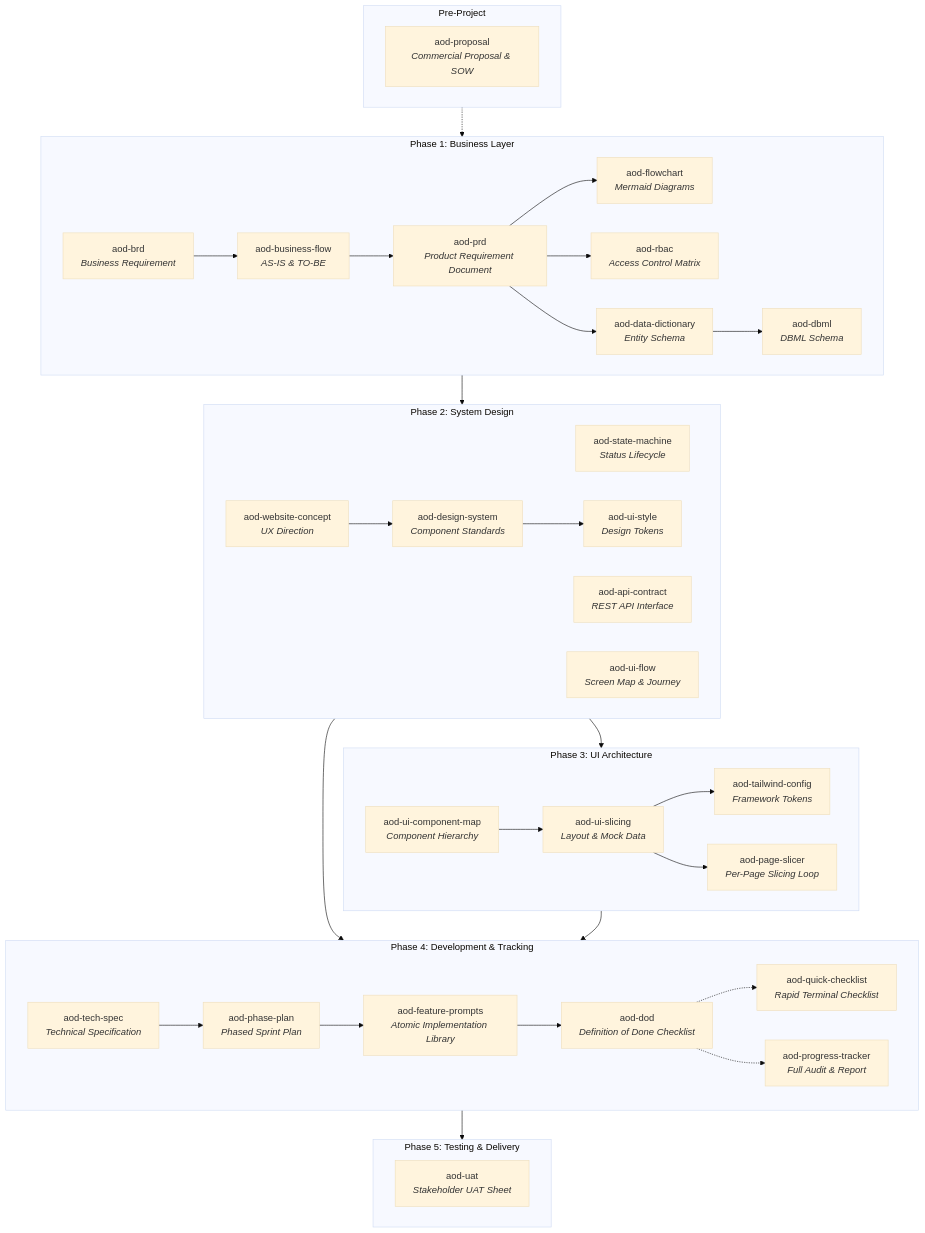
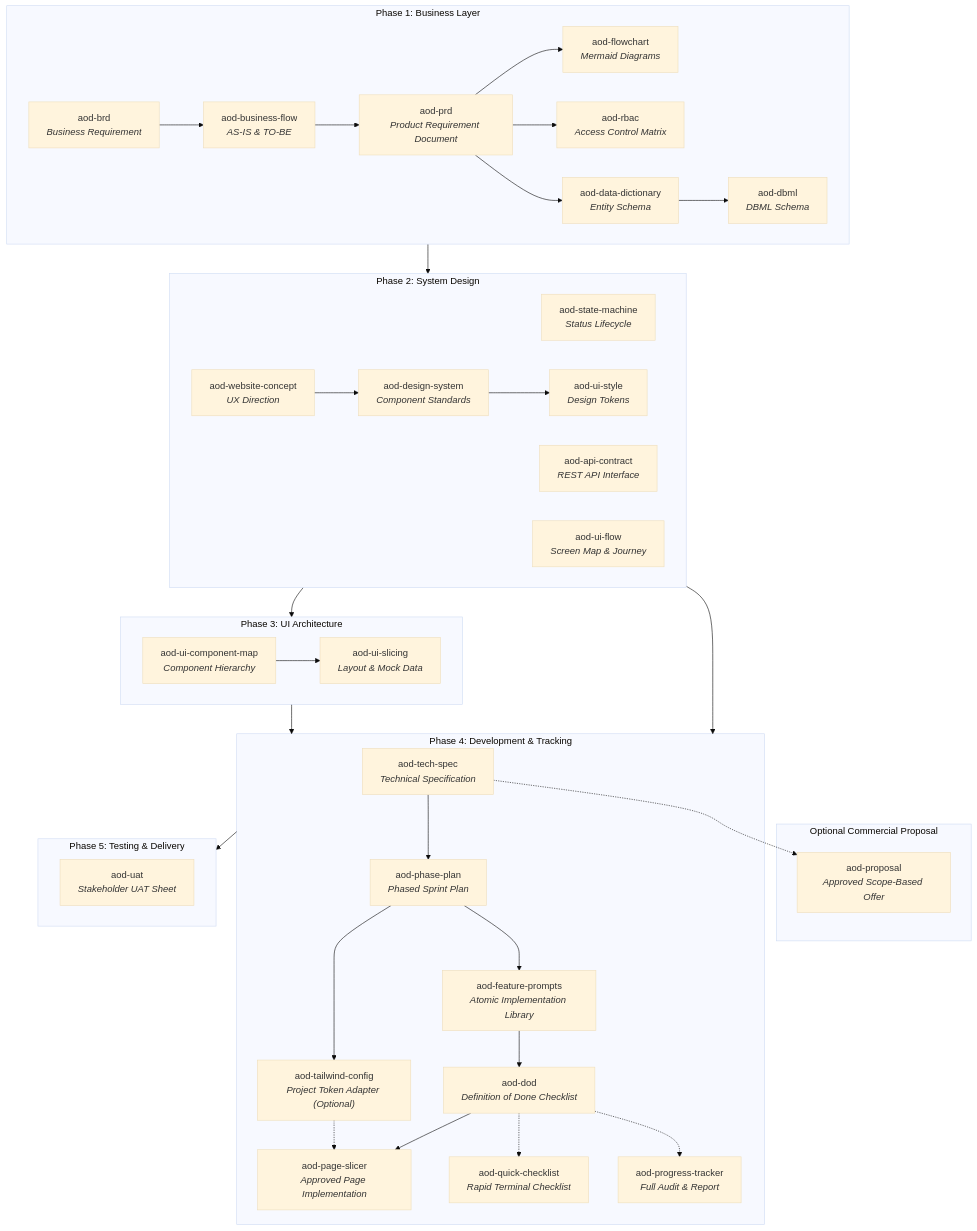
Before and after one commit to or-abdillh/AI-Orchestrated-Development-AOD: the diagram in README.md, drawn with Mermaid (base theme). The commit also changed other lines of this file, not shown here.

Commit message:
docs(readme): describe revised aod workflow and agent support

````diff
--- a/README.md
+++ b/README.md
@@ -86,48 +91,49 @@
 ```mermaid
 flowchart TD
-    subgraph Pre["Pre-Project"]
-        PR["aod-proposal<br><i>Commercial Proposal & SOW</i>"]
+    subgraph COMM["Optional Commercial Proposal"]
+        PR["aod-proposal<br><i>Approved Scope-Based Offer</i>"]
     end
 
     subgraph P1["Phase 1: Business Layer"]
         B1["aod-brd<br><i>Business Requirement</i>"] --> B2["aod-business-flow<br><i>AS-IS & TO-BE</i>"]
         B2 --> B3["aod-prd<br><i>Product Requirement Document</i>"]
         B3 --> B4["aod-flowchart<br><i>Mermaid Diagrams</i>"]
         B3 --> B5["aod-rbac<br><i>Access Control Matrix</i>"]
         B3 --> B6["aod-data-dictionary<br><i>Entity Schema</i>"]
         B6 --> B7["aod-dbml<br><i>DBML Schema</i>"]
     end
 
     subgraph P2["Phase 2: System Design"]
         S1["aod-state-machine<br><i>Status Lifecycle</i>"]
         S2["aod-api-contract<br><i>REST API Interface</i>"]
         S3["aod-ui-flow<br><i>Screen Map & Journey</i>"]
         S4["aod-website-concept<br><i>UX Direction</i>"] --> S5["aod-design-system<br><i>Component Standards</i>"]
         S5 --> S6["aod-ui-style<br><i>Design Tokens</i>"]
     end
 
     subgraph P3["Phase 3: UI Architecture"]
         U1["aod-ui-component-map<br><i>Component Hierarchy</i>"] --> U2["aod-ui-slicing<br><i>Layout & Mock Data</i>"]
-        U2 --> U3["aod-tailwind-config<br><i>Framework Tokens</i>"]
-        U2 --> U4["aod-page-slicer<br><i>Per-Page Slicing Loop</i>"]
     end
 
     subgraph P4["Phase 4: Development & Tracking"]
         D1["aod-tech-spec<br><i>Technical Specification</i>"] --> D2["aod-phase-plan<br><i>Phased Sprint Plan</i>"]
         D2 --> D3["aod-feature-prompts<br><i>Atomic Implementation Library</i>"]
         D3 --> D4["aod-dod<br><i>Definition of Done Checklist</i>"]
-        D4 -.-> D5["aod-quick-checklist<br><i>Rapid Terminal Checklist</i>"]
-        D4 -.-> D6["aod-progress-tracker<br><i>Full Audit & Report</i>"]
+        D4 --> D5["aod-page-slicer<br><i>Approved Page Implementation</i>"]
+        D2 --> D8["aod-tailwind-config<br><i>Project Token Adapter (Optional)</i>"]
+        D8 -.-> D5
+        D4 -.-> D6["aod-quick-checklist<br><i>Rapid Terminal Checklist</i>"]
+        D4 -.-> D7["aod-progress-tracker<br><i>Full Audit & Report</i>"]
     end
 
     subgraph P5["Phase 5: Testing & Delivery"]
         T1["aod-uat<br><i>Stakeholder UAT Sheet</i>"]
     end
 
-    Pre -.-> P1
     P1 --> P2
     P2 --> P3
     P2 --> P4
     P3 --> P4
     P4 --> P5
+    D1 -.-> PR
 ```
````
